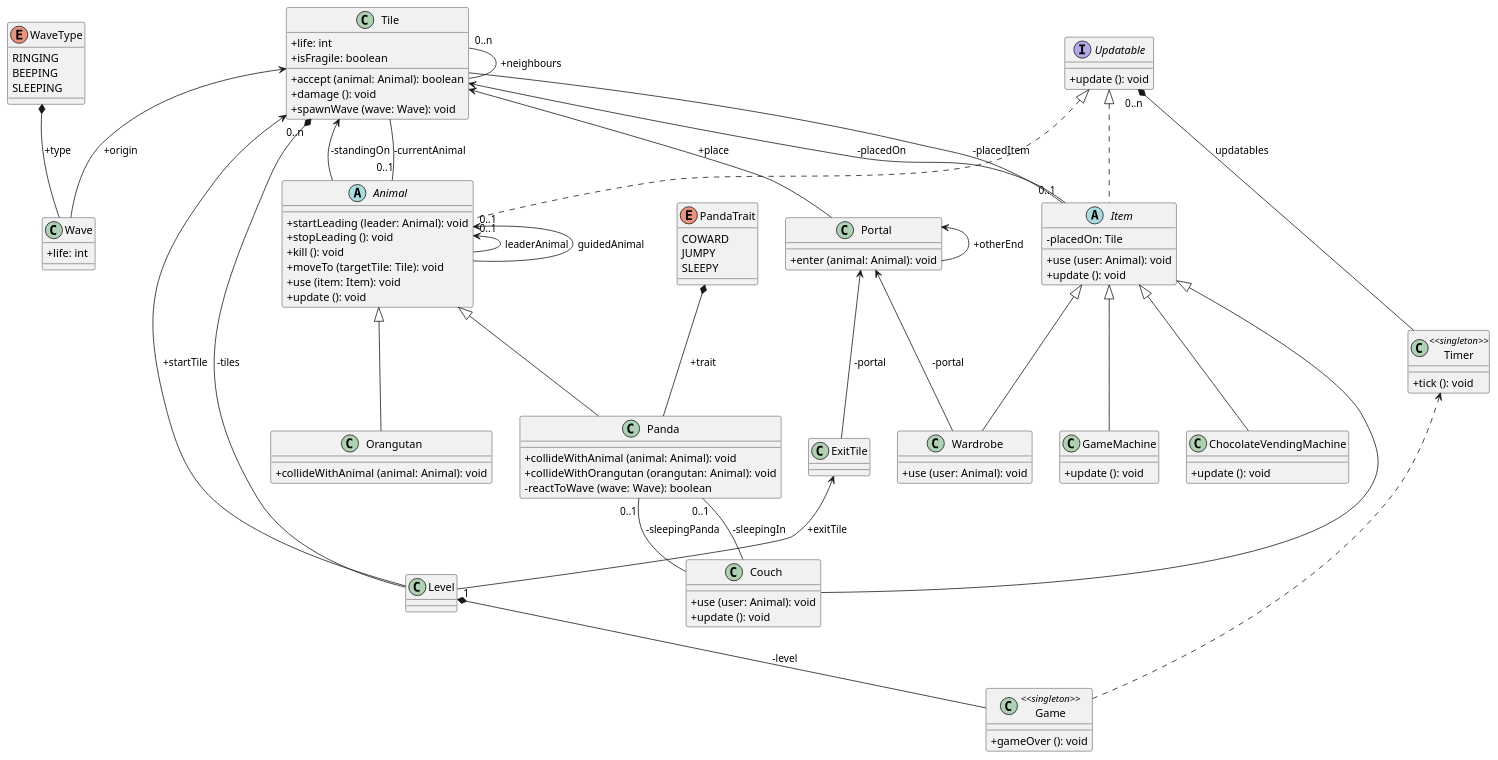
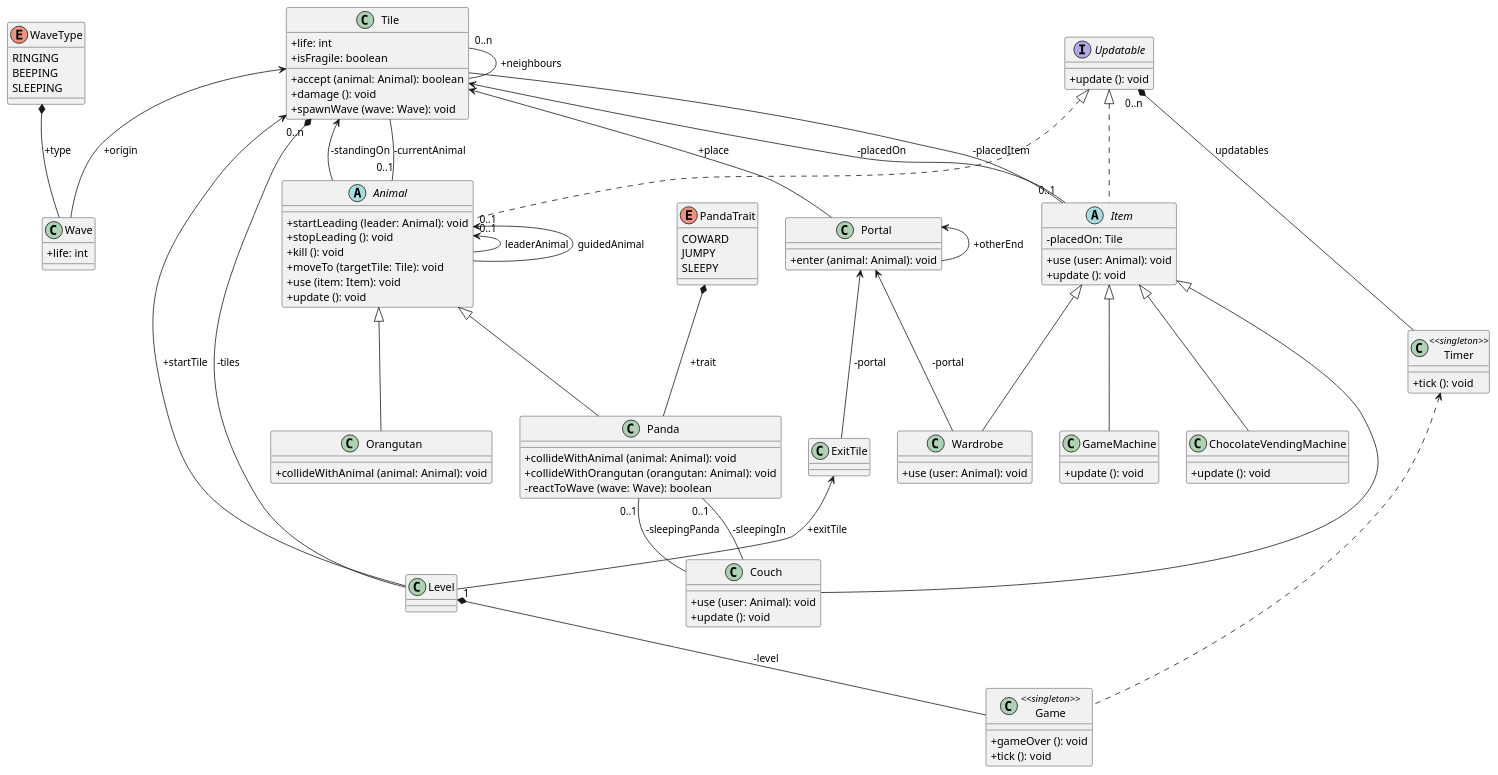
Before and after one commit to bokovhu/software-project-laboratory-assignment: the diagram in 3-analysis-modell/java/src/main/plantuml/ClassDiagram.puml, drawn with PlantUML.

Commit message:
Add tick () function to class diagram to Game class

```diff
--- a/3-analysis-modell/java/src/main/plantuml/ClassDiagram.puml
+++ b/3-analysis-modell/java/src/main/plantuml/ClassDiagram.puml
@@ -1,162 +1,163 @@
 @startuml
 
 skinparam classAttributeIconSize 0
 skinparam guillemet false
 
 ' =====
 ' Enums
 ' =====
 
 enum WaveType {
     RINGING
     BEEPING
     SLEEPING
 }
 
 enum PandaTrait {
     COWARD
     JUMPY
     SLEEPY
 }
 
 ' ==========
 ' Interfaces
 ' ==========
 
 interface Updatable {
     +update (): void
 }
 
 ' =======
 ' Classes
 ' =======
 
 class Timer <<singleton>> {
     +tick (): void
 }
 
 class Game <<singleton>> {
     +gameOver (): void
+    +tick (): void
 }
 
 class Level {
 }
 
 class Tile {
     +life: int
     +isFragile: boolean
     +accept (animal: Animal): boolean
     +damage (): void
     +spawnWave (wave: Wave): void
 }
 
 class ExitTile {
 }
 
 abstract class Animal {
     +startLeading (leader: Animal): void
     +stopLeading (): void
     +kill (): void
     +moveTo (targetTile: Tile): void
     +use (item: Item): void
     +update (): void
 }
 
 abstract class Item {
     -placedOn: Tile
     +use (user: Animal): void
     +update (): void
 }
 
 class Panda {
     +collideWithAnimal (animal: Animal): void
     +collideWithOrangutan (orangutan: Animal): void
     -reactToWave (wave: Wave): boolean
 }
 
 class Orangutan {
     +collideWithAnimal (animal: Animal): void
 }
 
 class Couch {
     +use (user: Animal): void
     +update (): void
 }
 
 class GameMachine {
     +update (): void
 }
 
 class ChocolateVendingMachine {
     +update (): void
 }
 
 class Wardrobe {
     +use (user: Animal): void
 }
 
 class Portal {
     +enter (animal: Animal): void
 }
 
 class Wave {
     +life: int
 }
 
 ' ===========
 ' Inheritance
 ' ===========
 
 Updatable <|.. Animal
 Updatable <|.. Item
 
 Animal <|-- Panda
 Animal <|-- Orangutan
 
 Item <|-- Couch
 Item <|-- GameMachine
 Item <|-- ChocolateVendingMachine
 Item <|-- Wardrobe
 
 ' ============
 ' Compositions
 ' ============
 
 Updatable "0..n" *-- Timer : updatables
 Tile "0..n" *-- Level : -tiles
 Level "1" *-- Game: -level
 WaveType *-- Wave : +type
 PandaTrait *-- Panda : +trait
 
 ' ============
 ' Associations
 ' ============
 
 Tile "0..n" -- Tile : +neighbours
 
 Tile <-- Animal : -standingOn
 Animal "0..1" -- Tile : -currentAnimal
 
 Animal "0..1" <-- Animal : leaderAnimal
 Animal "0..1" <-- Animal : guidedAnimal
 
 Tile <-- Item : -placedOn
 Item "0..1" -- Tile : -placedItem
 
 Panda "0..1" -- Couch : -sleepingPanda
 Couch -- "0..1" Panda : -sleepingIn
 
 Tile <-- Wave : +origin
 
 Portal <-- Portal : +otherEnd
 Tile <-- Portal : +place
 
 Portal <-- ExitTile : -portal
 Portal <-- Wardrobe : -portal
 
 Timer <.. Game
 
 Tile <-- Level : +startTile
 ExitTile <-- Level : +exitTile
 
 @enduml
```
